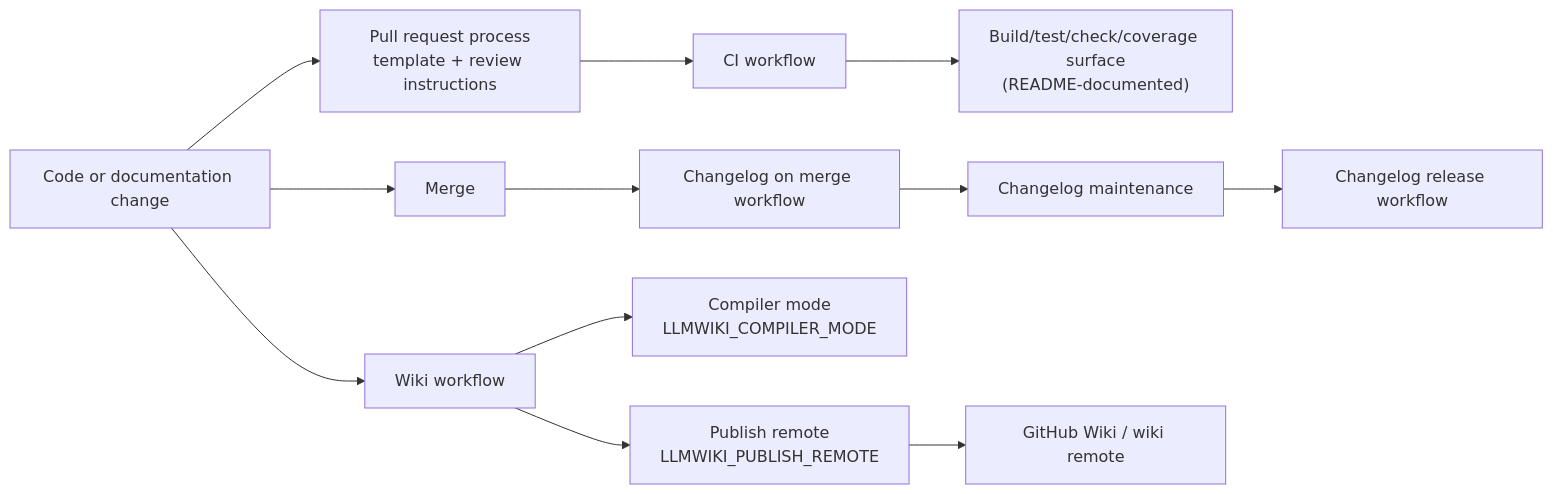
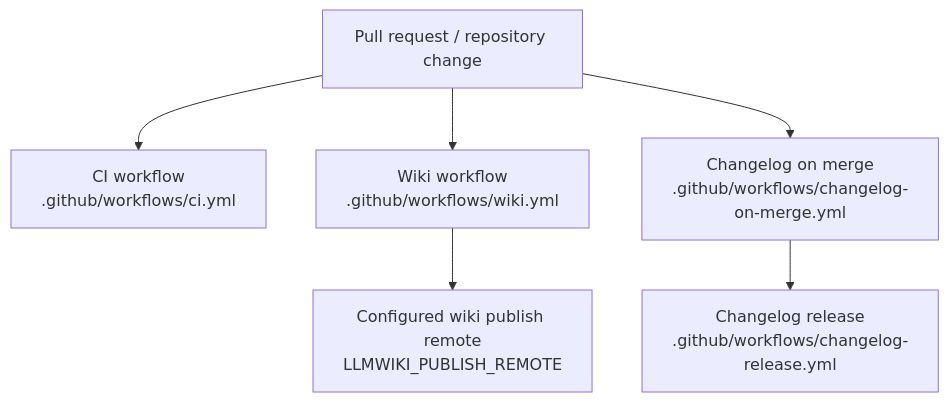
The fourth of 4 diagrams in Architecture.md (mfittko/repo-wiki), drawn with Mermaid before and after one commit. The commit also changed other lines of this file and 43 other files, not shown here.

Commit message:
Compile repository wiki 2026-05-16T10:52:28.383Z

````diff
--- a/Architecture.md
+++ b/Architecture.md
@@ -226,17 +235,15 @@
 ```mermaid
-flowchart LR
-  Change["Code or documentation change"] --> PR["Pull request process<br/>template + review instructions"]
-  PR --> CI["CI workflow"]
-  CI --> Checks["Build/test/check/coverage surface<br/>(README-documented)"]
+flowchart TB
+  PR["Pull request / repository change"]
+  CI["CI workflow<br/>.github/workflows/ci.yml"]
+  Wiki["Wiki workflow<br/>.github/workflows/wiki.yml"]
+  ChangelogMerge["Changelog on merge<br/>.github/workflows/changelog-on-merge.yml"]
+  Release["Changelog release<br/>.github/workflows/changelog-release.yml"]
+  PublishRemote["Configured wiki publish remote<br/>LLMWIKI_PUBLISH_REMOTE"]
 
-  Change --> Merge["Merge"]
-  Merge --> ChangelogMerge["Changelog on merge workflow"]
-  ChangelogMerge --> Changelog["Changelog maintenance"]
-
-  Change --> WikiWorkflow["Wiki workflow"]
-  WikiWorkflow --> CompileMode["Compiler mode<br/>LLMWIKI_COMPILER_MODE"]
-  WikiWorkflow --> PublishRemote["Publish remote<br/>LLMWIKI_PUBLISH_REMOTE"]
-  PublishRemote --> Wiki["GitHub Wiki / wiki remote"]
-
-  Changelog["Changelog maintenance"] --> ReleaseWF["Changelog release workflow"]
+  PR --> CI
+  PR --> Wiki
+  PR --> ChangelogMerge
+  ChangelogMerge --> Release
+  Wiki --> PublishRemote
 ```
````
